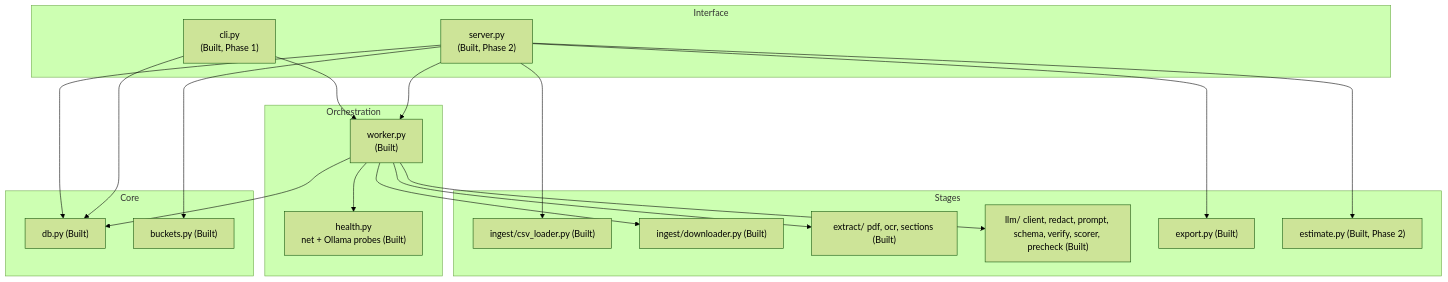
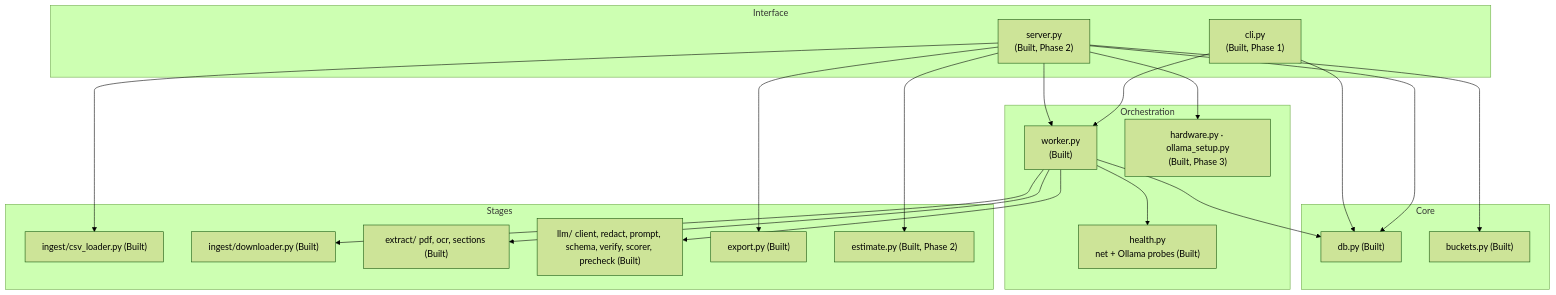
The third of 13 diagrams in ARCHITECTURE.md (Aryan27-max/Atlas), drawn with Mermaid (forest theme) before and after one commit. The commit also changed other lines of this file and 43 other files, not shown here.

First line of the commit message:
phase3(3.3): first run: Ollama in four states, hardware profile, long-screening warning

````diff
--- a/ARCHITECTURE.md
+++ b/ARCHITECTURE.md
@@ -143,37 +145,39 @@
 ```mermaid
 flowchart TB
     subgraph L1["Interface"]
         server["server.py<br/>(Built, Phase 2)"]
         cli["cli.py<br/>(Built, Phase 1)"]
     end
     subgraph L2["Orchestration"]
         worker["worker.py<br/>(Built)"]
         health["health.py<br/>net + Ollama probes (Built)"]
+        setup["hardware.py · ollama_setup.py<br/>(Built, Phase 3)"]
     end
     subgraph L3["Stages"]
         csvl["ingest/csv_loader.py (Built)"]
         dl["ingest/downloader.py (Built)"]
         ext["extract/ pdf, ocr, sections (Built)"]
         llm["llm/ client, redact, prompt, schema, verify, scorer, precheck (Built)"]
         exp["export.py (Built)"]
         est["estimate.py (Built, Phase 2)"]
     end
     subgraph L4["Core"]
         db["db.py (Built)"]
         buckets["buckets.py (Built)"]
     end
 
     server --> worker
     cli --> worker
     cli --> db
     server --> db
     server --> buckets
     server --> csvl
     server --> exp
     server --> est
+    server --> setup
     worker --> health
     worker --> dl
     worker --> ext
     worker --> llm
     worker --> db
 ```
````
